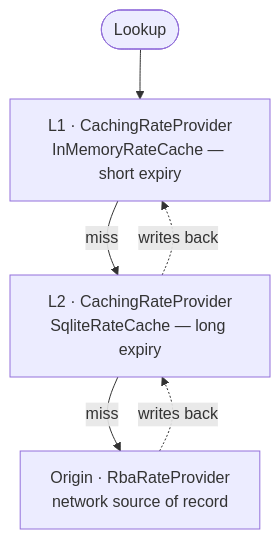
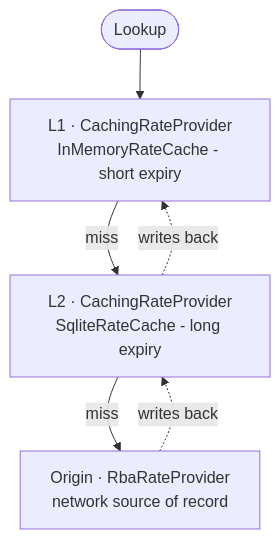
One commit to bslater/bodu changed the second of 3 diagrams in docs/guides/financial/exchange-rate-caching.md. Above: the diagram before and after it, drawn with Mermaid. The commit also changed other lines of this file and 3417 other files, not shown here.

````diff
--- a/docs/guides/financial/exchange-rate-caching.md
+++ b/docs/guides/financial/exchange-rate-caching.md
@@ -589,8 +589,8 @@
 ```mermaid
 flowchart TD
-    L([Lookup]) --> L1["L1 · CachingRateProvider<br/>InMemoryRateCache — short expiry"]
-    L1 -- miss --> L2["L2 · CachingRateProvider<br/>SqliteRateCache — long expiry"]
+    L([Lookup]) --> L1["L1 · CachingRateProvider<br/>InMemoryRateCache - short expiry"]
+    L1 -- miss --> L2["L2 · CachingRateProvider<br/>SqliteRateCache - long expiry"]
     L2 -- miss --> O["Origin · RbaRateProvider<br/>network source of record"]
     O -. "writes back" .-> L2
     L2 -. "writes back" .-> L1
 ```
````
